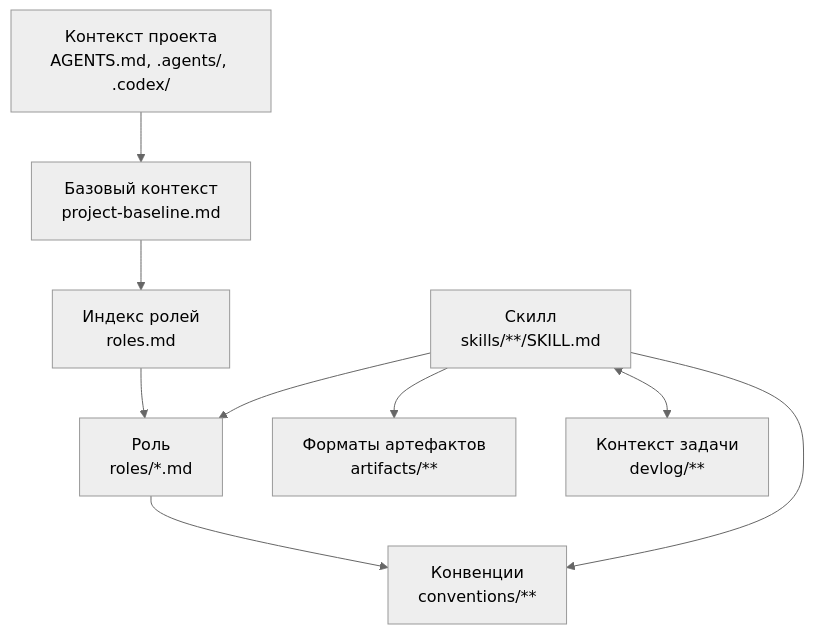
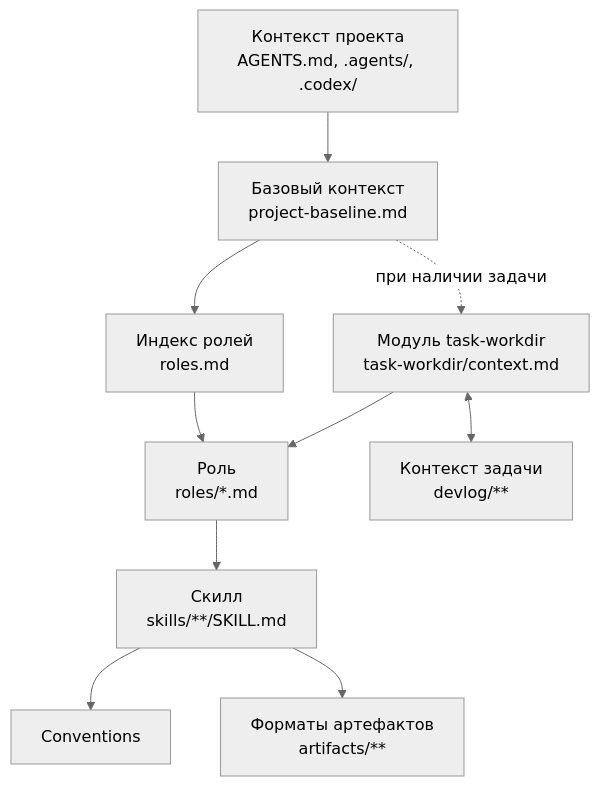
One commit to ergonomic-code/dot-agents changed the diagram in README.md. Above: the diagram before and after it, drawn with Mermaid (neutral theme). The commit also changed other lines of this file and 36 other files, not shown here.

````diff
--- a/README.md
+++ b/README.md
@@ -114,11 +114,12 @@
 ```mermaid
 flowchart TD
     Project[Контекст проекта<br/>AGENTS.md, .agents/, .codex/] --> Baseline[Базовый контекст<br/>project-baseline.md]
     Baseline --> Roles[Индекс ролей<br/>roles.md]
     Roles --> Role[Роль<br/>roles/*.md]
-    Role --> Conventions[Конвенции<br/>conventions/**]
-    Skill[Скилл<br/>skills/**/SKILL.md] --> Role
+    Baseline -. при наличии задачи .-> TaskModule[Модуль task-workdir<br/>task-workdir/context.md]
+    TaskModule --> Role
+    Role --> Skill[Скилл<br/>skills/**/SKILL.md]
     Skill --> Conventions
     Skill --> Artifacts[Форматы артефактов<br/>artifacts/**]
-    Skill <--> Task[Контекст задачи<br/>devlog/**]
+    TaskModule <--> Task[Контекст задачи<br/>devlog/**]
 ```
````
